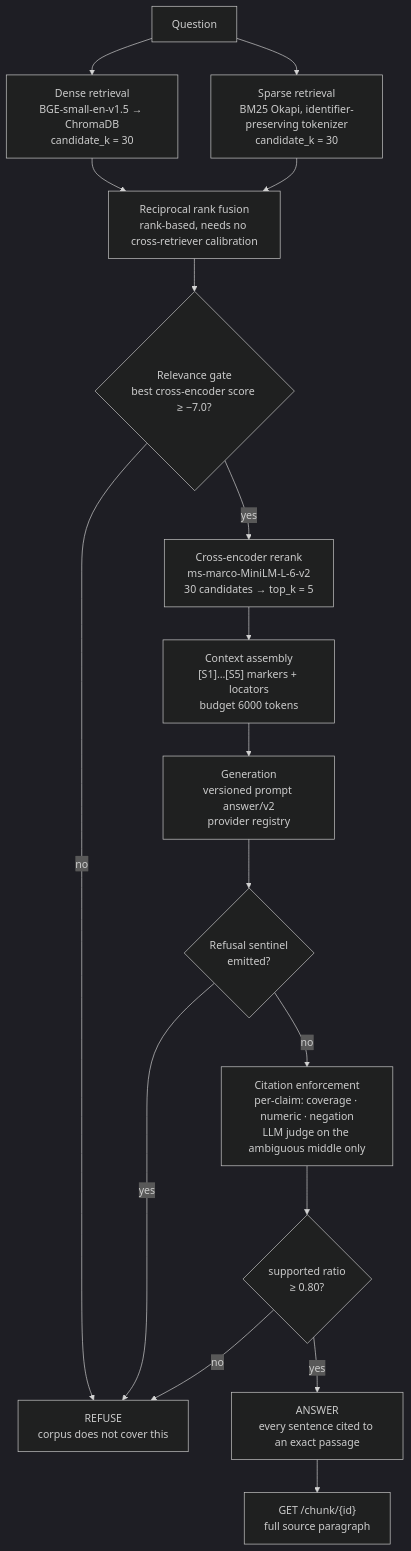
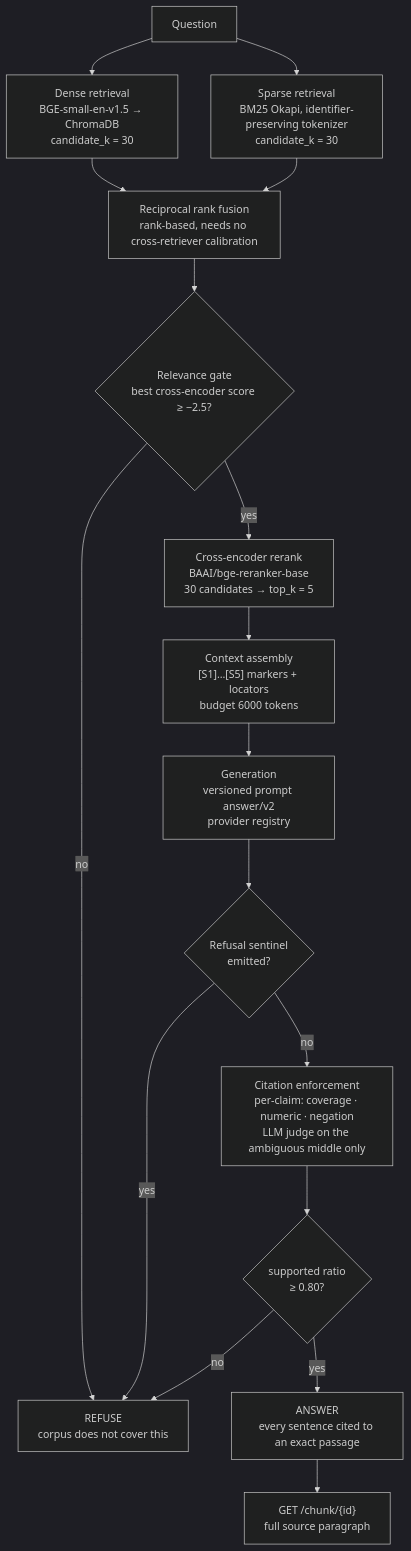
Before and after one commit to Yashwanth-Nallapuneni/rag: the first of 3 diagrams in docs/architecture.md, drawn with Mermaid (dark theme). The commit also changed 9 other files, not shown here.

First line of the commit message:
Rerank with BAAI/bge-reranker-base; re-calibrate the relevance gate to -2.5

````diff
--- a/docs/architecture.md
+++ b/docs/architecture.md
@@ -5,25 +5,25 @@
 ```mermaid
 flowchart TB
     Q["Question"] --> DENSE["Dense retrieval<br/>BGE-small-en-v1.5 → ChromaDB<br/>candidate_k = 30"]
     Q --> SPARSE["Sparse retrieval<br/>BM25 Okapi, identifier-preserving tokenizer<br/>candidate_k = 30"]
 
     DENSE --> FUSE["Reciprocal rank fusion<br/>rank-based, needs no cross-retriever calibration"]
     SPARSE --> FUSE
 
-    FUSE --> GATE{"Relevance gate<br/>best cross-encoder score ≥ −7.0?"}
+    FUSE --> GATE{"Relevance gate<br/>best cross-encoder score ≥ −2.5?"}
     GATE -->|no| REFUSE["REFUSE<br/>corpus does not cover this"]
-    GATE -->|yes| RERANK["Cross-encoder rerank<br/>ms-marco-MiniLM-L-6-v2<br/>30 candidates → top_k = 5"]
+    GATE -->|yes| RERANK["Cross-encoder rerank<br/>BAAI/bge-reranker-base<br/>30 candidates → top_k = 5"]
 
     RERANK --> CTX["Context assembly<br/>[S1]…[S5] markers + locators<br/>budget 6000 tokens"]
     CTX --> GEN["Generation<br/>versioned prompt answer/v2<br/>provider registry"]
 
     GEN --> SENT{"Refusal sentinel<br/>emitted?"}
     SENT -->|yes| REFUSE
     SENT -->|no| VERIFY["Citation enforcement<br/>per-claim: coverage · numeric · negation<br/>LLM judge on the ambiguous middle only"]
 
     VERIFY --> RATIO{"supported ratio<br/>≥ 0.80?"}
     RATIO -->|no| REFUSE
     RATIO -->|yes| ANS["ANSWER<br/>every sentence cited to an exact passage"]
 
     ANS --> CLICK["GET /chunk/{id}<br/>full source paragraph"]
 ```
````
